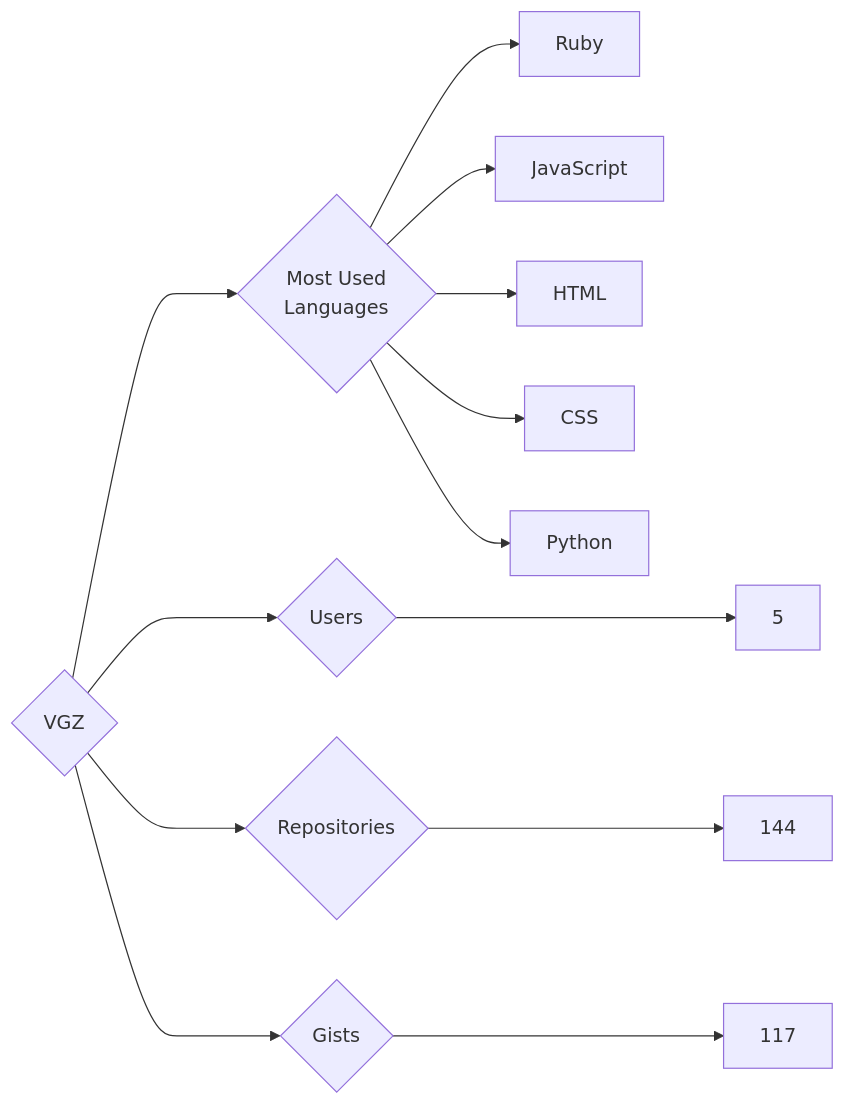
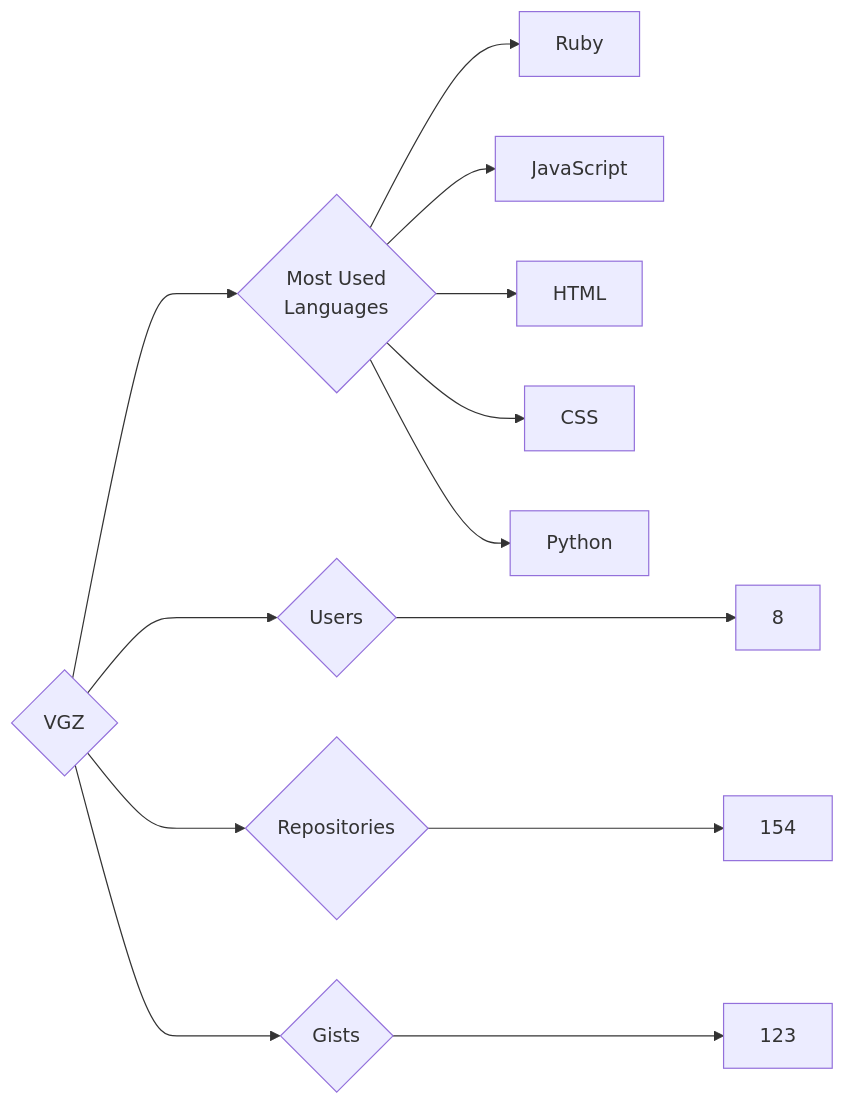
Before and after one commit to trickest/insiders: the diagram in targets/VGZ/README.md, drawn with Mermaid. The commit also changed 970 other files, not shown here.

````diff
--- a/targets/VGZ/README.md
+++ b/targets/VGZ/README.md
@@ -3,13 +3,13 @@
 ```mermaid
 graph LR
 COMPANY_NAME{VGZ}
-COMPANY_NAME ---> U{Users} ---> UN[5]
-COMPANY_NAME ---> R{Repositories} ---> RN[144]
-COMPANY_NAME ---> G{Gists} ---> GN[117]
+COMPANY_NAME ---> U{Users} ---> UN[8]
+COMPANY_NAME ---> R{Repositories} ---> RN[154]
+COMPANY_NAME ---> G{Gists} ---> GN[123]
 COMPANY_NAME ---> ML{Most Used<br>Languages}
 ML --> Ruby[Ruby]
 ML --> JavaScript[JavaScript]
 ML --> HTML[HTML]
 ML --> CSS[CSS]
 ML --> Python[Python]
 ```
````
